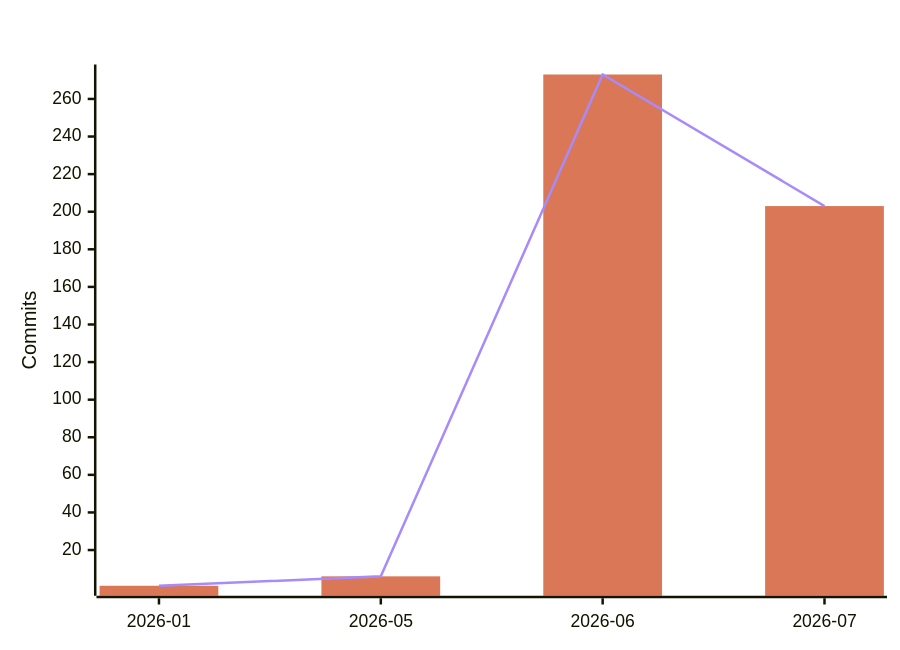
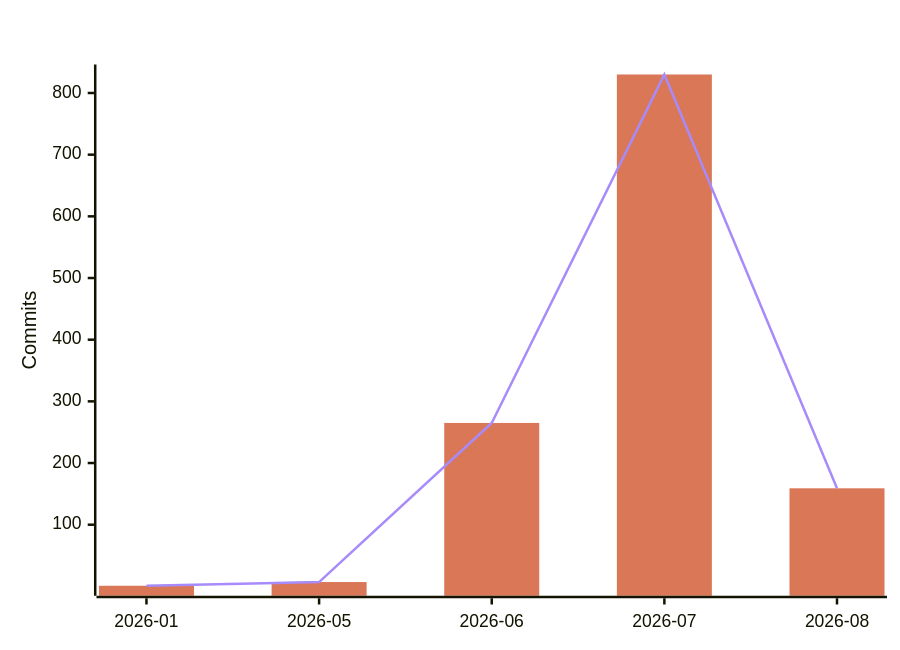
One commit to polo-nyan/polo-nyan changed the fourth of 7 diagrams in README.md. Above: the diagram before and after it, drawn with Mermaid. The commit also changed other lines of this file and 1 other file, not shown here.

````diff
--- a/README.md
+++ b/README.md
@@ -294,9 +294,9 @@
 ```mermaid
 %%{init: {"xyChart": {"titleColor": "#ffffff", "xAxisLabelColor": "#ffffff", "yAxisLabelColor": "#ffffff"}, "themeVariables": {"xyChart": {"titleColor": "#ffffff", "plotColorPalette": "#d97757, #a78bfa"}}}}%%
 xychart-beta
     title "AI-Assisted Commits Per Month"
-    x-axis ["2026-01", "2026-05", "2026-06", "2026-07"]
+    x-axis ["2026-01", "2026-05", "2026-06", "2026-07", "2026-08"]
     y-axis "Commits"
-    bar [1, 6, 273, 203]
-    line [1, 6, 273, 203]
+    bar [1, 7, 265, 830, 159]
+    line [1, 7, 265, 830, 159]
 ```
````
